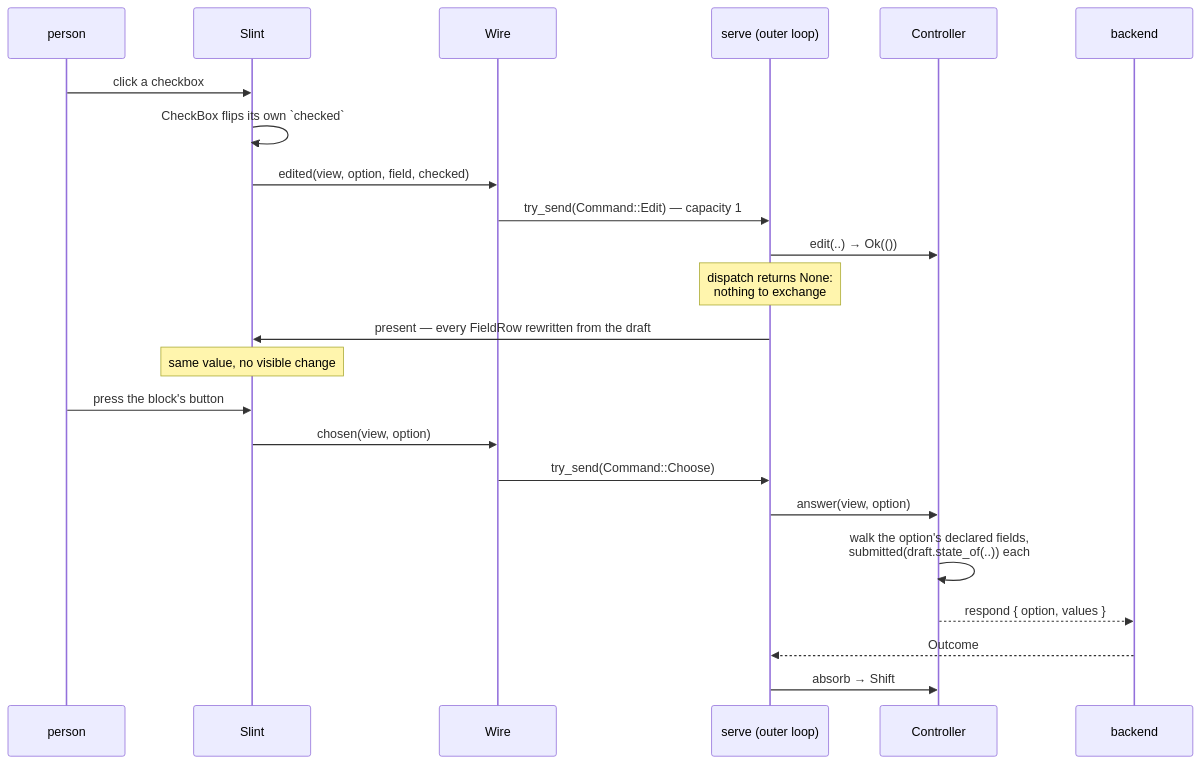
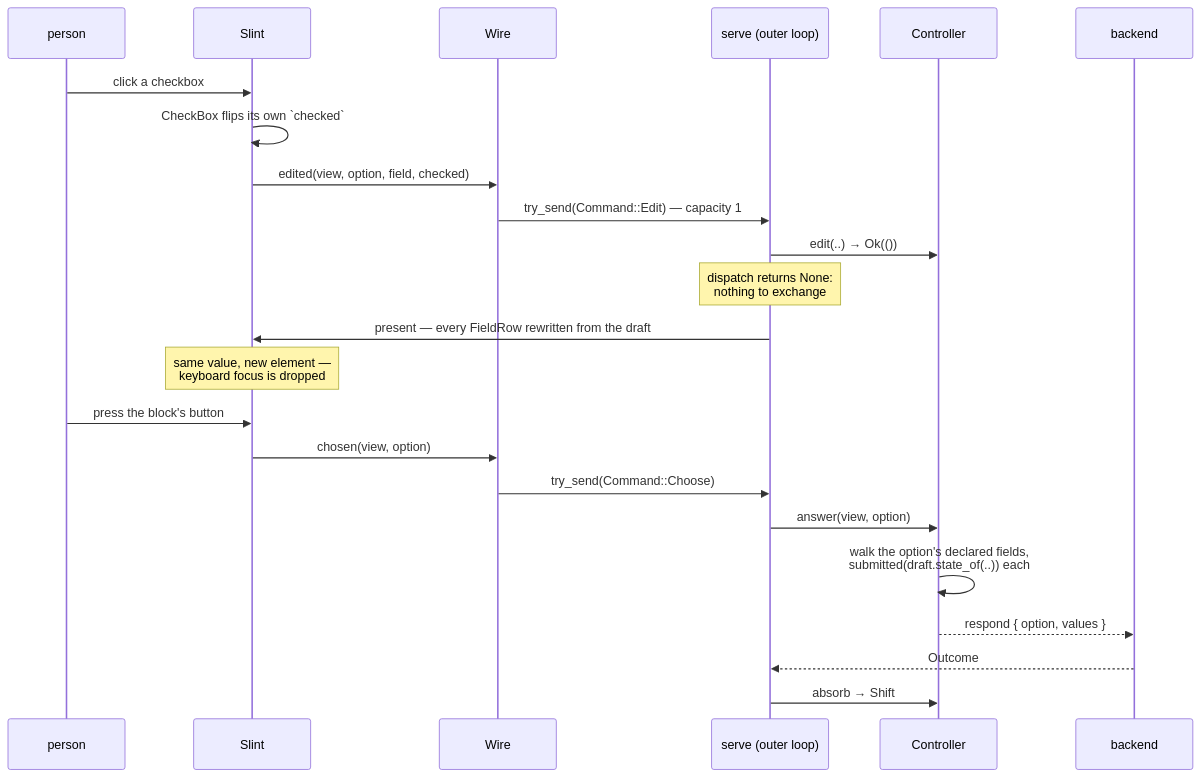
One commit to davidlee/goad changed the second of 2 diagrams in docs/slices/007/design.md. Above: the diagram before and after it, drawn with Mermaid. The commit also changed other lines of this file and 12 other files, not shown here.

````diff
--- a/docs/slices/007/design.md
+++ b/docs/slices/007/design.md
@@ -674,27 +762,27 @@
 ```mermaid
 sequenceDiagram
   participant P as person
   participant S as Slint
   participant W as Wire
   participant L as serve (outer loop)
   participant C as Controller
   participant B as backend
 
   P->>S: click a checkbox
   S->>S: CheckBox flips its own `checked`
   S->>W: edited(view, option, field, checked)
   W->>L: try_send(Command::Edit) — capacity 1
   L->>C: edit(..) → Ok(())
   Note over L: dispatch returns None:<br/>nothing to exchange
   L->>S: present — every FieldRow rewritten from the draft
-  Note over S: same value, no visible change
+  Note over S: same value, new element —<br/>keyboard focus is dropped
 
   P->>S: press the block's button
   S->>W: chosen(view, option)
   W->>L: try_send(Command::Choose)
   L->>C: answer(view, option)
   C->>C: walk the option's declared fields,<br/>submitted(draft.state_of(..)) each
   C-->>B: respond { option, values }
   B-->>L: Outcome
   L->>C: absorb → Shift
 ```
````
